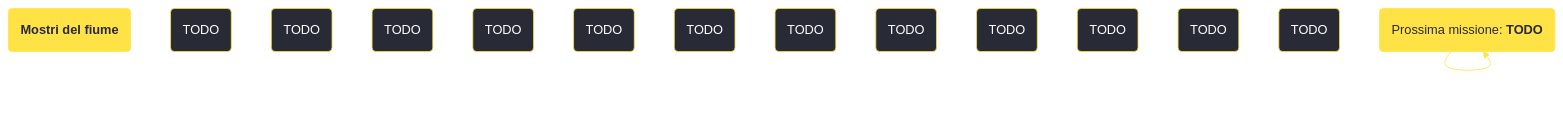
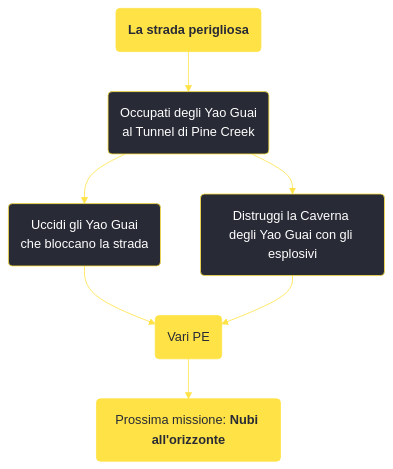
One commit to persy/wastelander changed the diagram in content/voci/fallout new vegas/missioni/Mostri del fiume.md. Above: the diagram before and after it, drawn with Mermaid. The commit also changed 174 other files, not shown here.

````diff
--- a/content/voci/fallout new vegas/missioni/Mostri del fiume.md
+++ b/content/voci/fallout new vegas/missioni/Mostri del fiume.md
@@ -32,24 +32,16 @@
 ```mermaid
 %%{init: {'theme': 'base', 'themeVariables': { 'primaryColor': '#282a36', 'primaryBorderColor': '#ffe245', 'primaryTextColor': '#fff', 'lineColor': '#ffe245', 'fontFamily': 'Jura'}}}%%
 graph TD;
-    id1(<b>Mostri del fiume</b>):::questfnv
-    id2(TODO)
-    id3(TODO)
-    id4(TODO)
-    id5(TODO)
-    id6(TODO)
-    id7(TODO) 
-    id8(TODO)
-    id9(TODO)
-    id10(TODO)
-    id11(TODO)
-    id12(TODO)
-    id13(TODO) 
-    id(TODO):::rewardfnv
-    id(Prossima missione: <b>TODO</b>):::questfnv
-    id-->id-->id-->id-->id-->id-->id
+    id1(<b>La strada perigliosa</b>):::questfnv
+    id2(Occupati degli Yao Guai <br />al Tunnel di Pine Creek)
+    id3(Uccidi gli Yao Guai <br />che bloccano la strada)
+    id4(Distruggi la Caverna <br />degli Yao Guai con gli esplosivi)
+    id5(Vari PE):::rewardfnv
+    id6(Prossima missione: <b>Nubi all'orizzonte</b>):::questfnv
+
+    id1-->id2-->id3 & id4-->id5-->id6
     
-    click id "../TODO"
+    click id6 "../nubi-allorizzonte"
     classDef rewardfnv fill:#ffe245, stroke:#ffe245, color:#282a36;
     classDef questfnv fill:#ffe245, stroke:#ffe245, color:#282a36;
 ```
````
